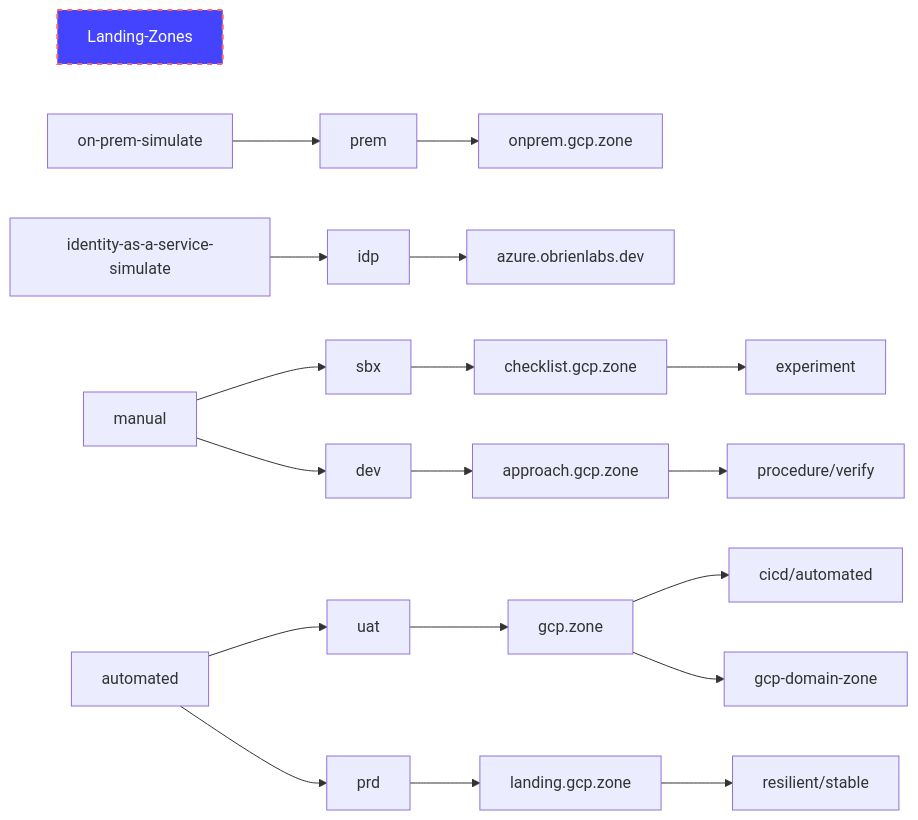
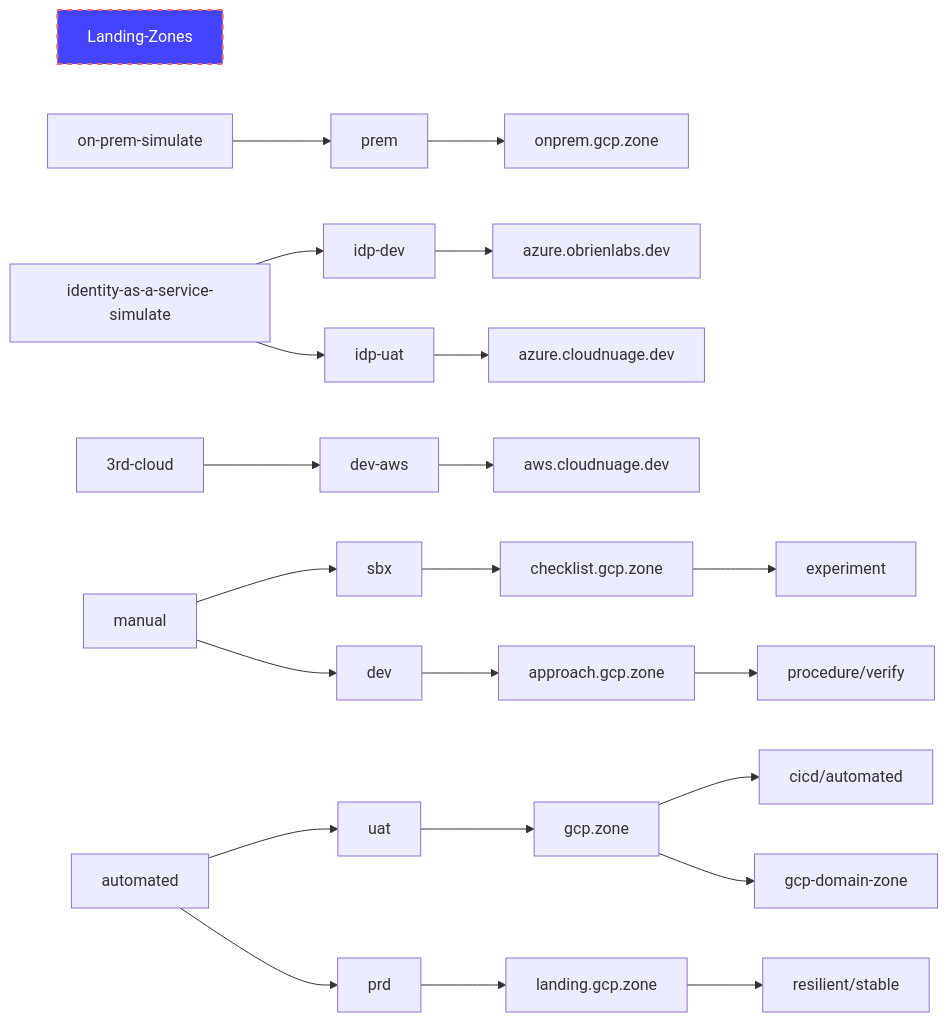
The diagram in docs/landing-zone.md (cloud-quickstart/gcp-landing-zone), drawn with Mermaid before and after one commit. The commit also changed other lines of this file, not shown here.

````diff
--- a/docs/landing-zone.md
+++ b/docs/landing-zone.md
@@ -17,22 +17,27 @@
 ```mermaid
 graph LR;
     style Landing-Zones fill:#44f,stroke:#f66,stroke-width:2px,color:#fff,stroke-dasharray: 5 5
     %% mapped and documented
 
     on-prem-simulate-->prem
-    identity-as-a-service-simulate-->idp
+    identity-as-a-service-simulate-->idp-dev
+    identity-as-a-service-simulate-->idp-uat
+    3rd-cloud-->dev-aws
+    
     manual-->sbx
     manual-->dev
     automated-->uat
     automated-->prd
     
     prem-->onprem.gcp.zone
-    idp-->azure.obrienlabs.dev
+    idp-dev-->azure.obrienlabs.dev
+    idp-uat-->azure.cloudnuage.dev
     dev-->approach.gcp.zone-->procedure/verify
+    dev-aws-->aws.cloudnuage.dev
     sbx-->checklist.gcp.zone-->experiment
     prd-->landing.gcp.zone-->resilient/stable
     uat-->gcp.zone-->cicd/automated
     gcp.zone-->gcp-domain-zone
     
     
 ```
````
